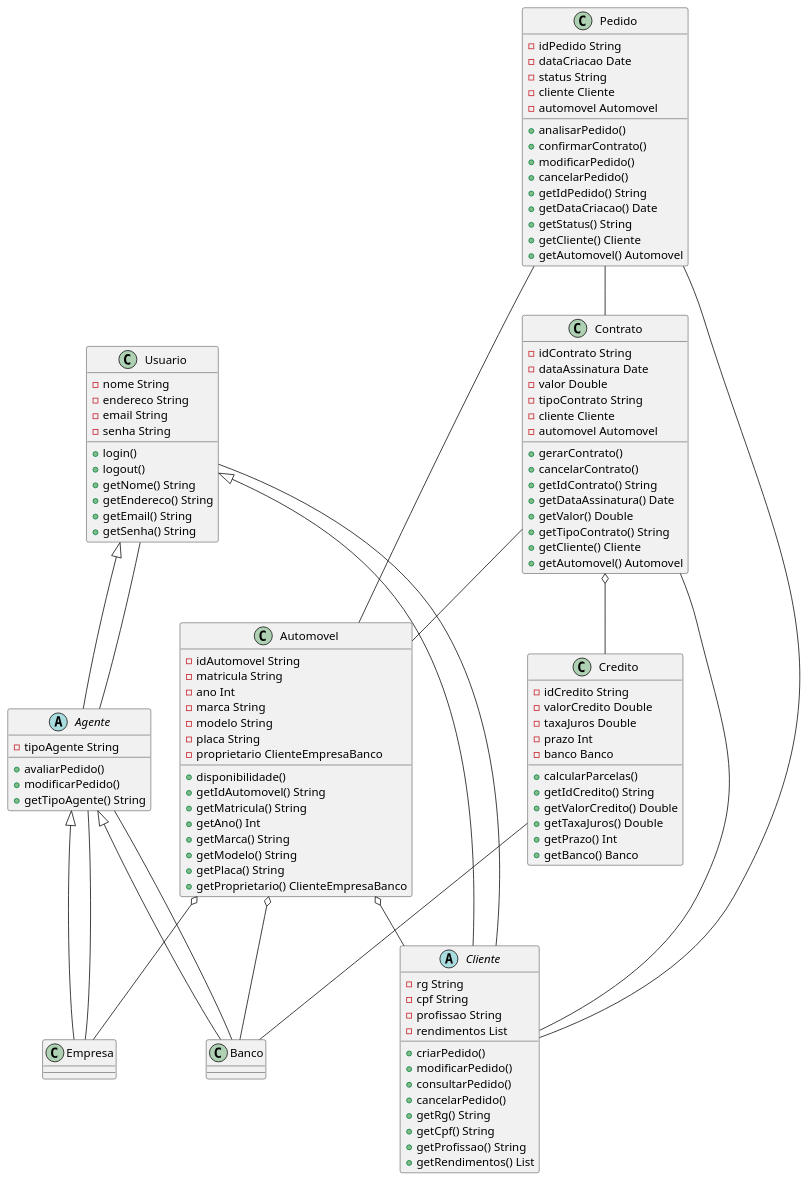
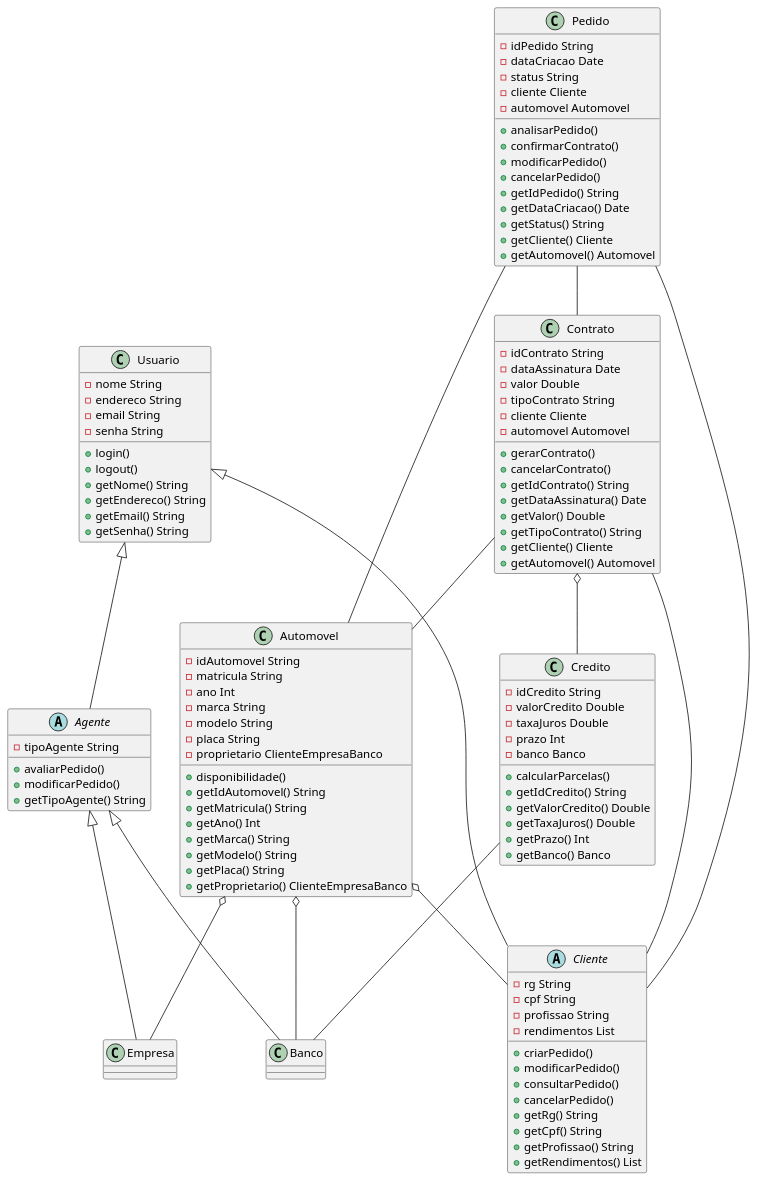
Before and after one commit to PhilippeVieira/AluguelCarros-LDS: the diagram in projeto/ClassDiagram.puml, drawn with PlantUML. The commit also changed 1 other file, not shown here.

```diff
--- a/projeto/ClassDiagram.puml
+++ b/projeto/ClassDiagram.puml
@@ -1,123 +1,123 @@
 @startuml
 class Usuario {
   - nome String
   - endereco String
   - email String
   - senha String
   + login()
   + logout()
   + getNome() String
   + getEndereco() String
   + getEmail() String
   + getSenha() String
 }
 
 abstract class Cliente extends Usuario {
   - rg String
   - cpf String
   - profissao String
   - rendimentos List
   + criarPedido()
   + modificarPedido()
   + consultarPedido()
   + cancelarPedido()
   + getRg() String
   + getCpf() String
   + getProfissao() String
   + getRendimentos() List
 }
 
 abstract class Agente extends Usuario {
   - tipoAgente String
   + avaliarPedido()
   + modificarPedido()
   + getTipoAgente() String
 }
 
 class Banco extends Agente {
 }
 
 class Empresa extends Agente {
 }
 
 class Pedido {
   - idPedido String
   - dataCriacao Date
   - status String
   - cliente Cliente
   - automovel Automovel
   + analisarPedido()
   + confirmarContrato()
   + modificarPedido()
   + cancelarPedido()
   + getIdPedido() String
   + getDataCriacao() Date
   + getStatus() String
   + getCliente() Cliente
   + getAutomovel() Automovel
 }
 
 class Contrato {
   - idContrato String
   - dataAssinatura Date
   - valor Double
   - tipoContrato String
   - cliente Cliente
   - automovel Automovel
   + gerarContrato()
   + cancelarContrato()
   + getIdContrato() String
   + getDataAssinatura() Date
   + getValor() Double
   + getTipoContrato() String
   + getCliente() Cliente
   + getAutomovel() Automovel
 }
 
 class Credito {
   - idCredito String
   - valorCredito Double
   - taxaJuros Double
   - prazo Int
   - banco Banco
   + calcularParcelas()
   + getIdCredito() String
   + getValorCredito() Double
   + getTaxaJuros() Double
   + getPrazo() Int
   + getBanco() Banco
 }
 
 class Automovel {
   - idAutomovel String
   - matricula String
   - ano Int
   - marca String
   - modelo String
   - placa String
   - proprietario ClienteEmpresaBanco
   + disponibilidade()
   + getIdAutomovel() String
   + getMatricula() String
   + getAno() Int
   + getMarca() String
   + getModelo() String
   + getPlaca() String
   + getProprietario() ClienteEmpresaBanco
 }
 
-Usuario -- Cliente
-Usuario -- Agente
-Agente -- Banco
-Agente -- Empresa
+'Usuario -- Cliente'
+'Usuario -- Agente'
+'Agente -- Banco'
+'Agente -- Empresa'
 Pedido -- Cliente
 Pedido -- Automovel
 Pedido -- Contrato
 Contrato -- Cliente
 Contrato -- Automovel
 Contrato o-- Credito
 Credito -- Banco
 Automovel o-- Cliente
 Automovel o-- Empresa
 Automovel o-- Banco
 @enduml
```
